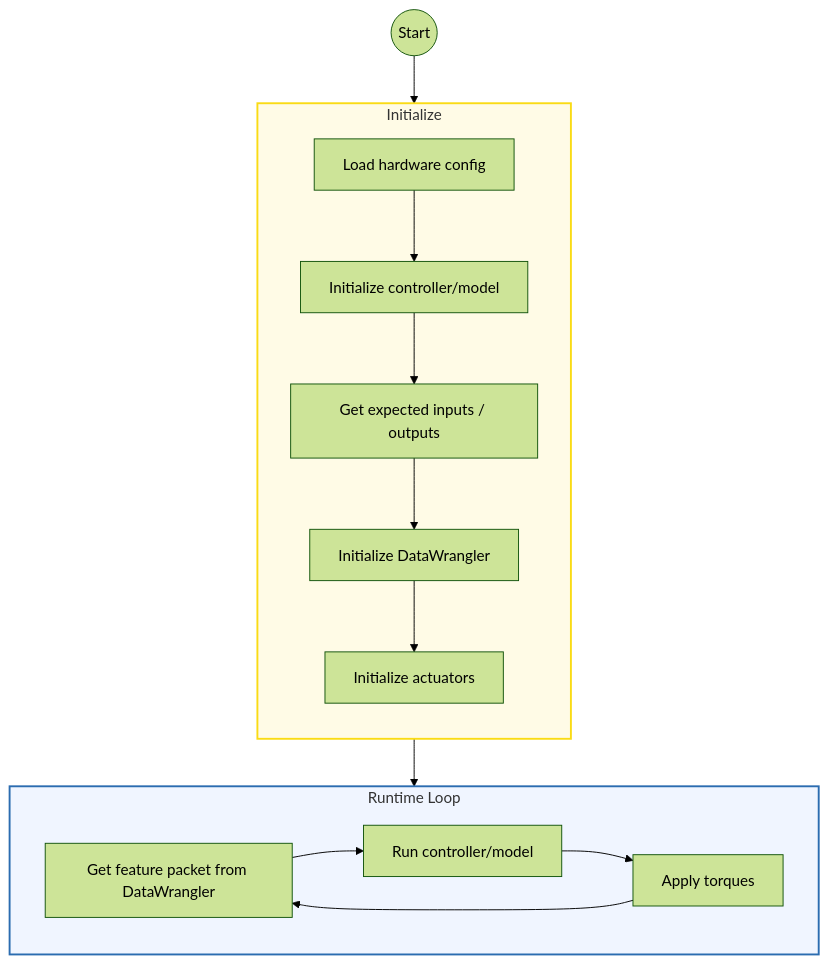
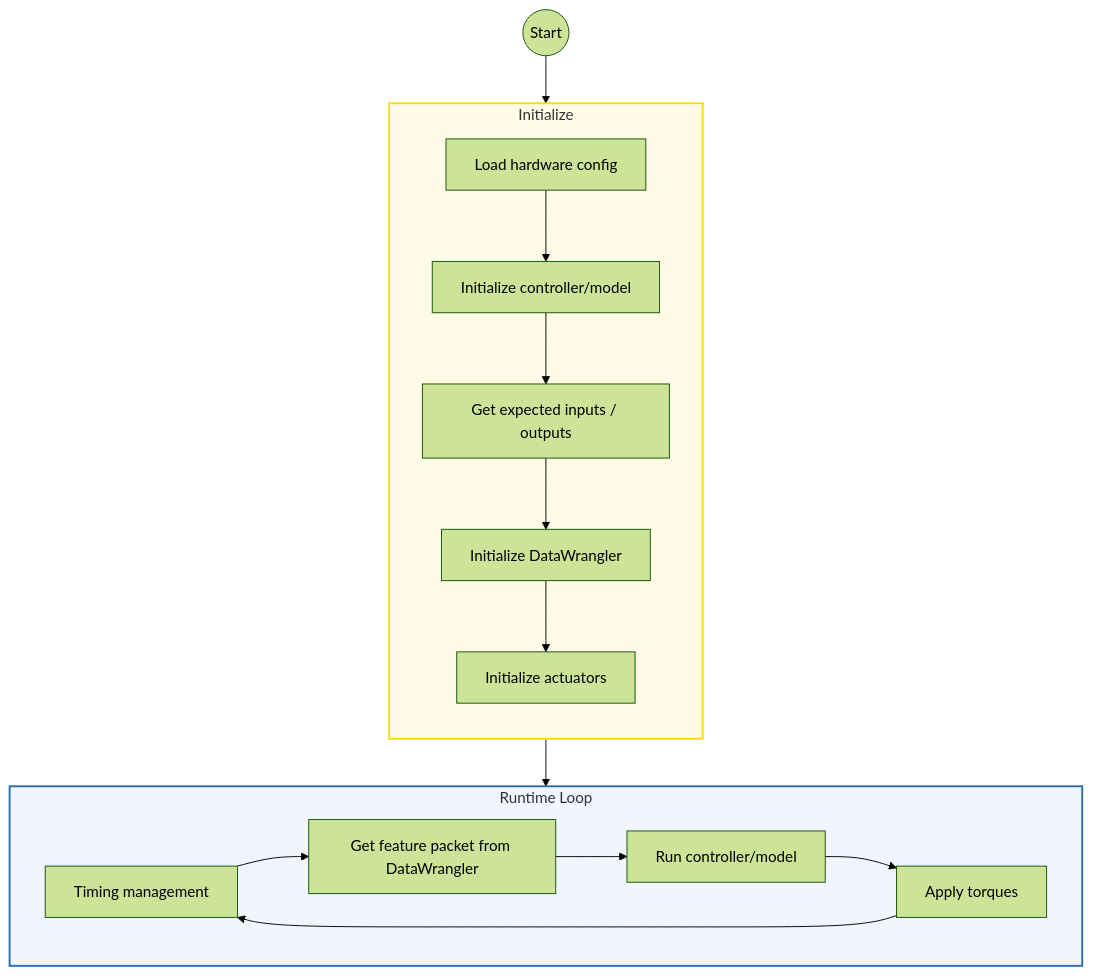
Before and after one commit to jmontp/raspberry-pi-controller-runtime: the first of 7 diagrams in docs/architecture.md, drawn with Mermaid (forest theme). The commit also changed other lines of this file, not shown here.

Commit message:
docs: document timing manager in architecture flow

````diff
--- a/docs/architecture.md
+++ b/docs/architecture.md
@@ -57,21 +57,22 @@
 ```mermaid
 flowchart TD
     start((Start)) --> I0[Load hardware config]
     subgraph Init [Initialize]
         direction TB
         I0 --> I1[Initialize controller/model]
         I1 --> I2[Get expected inputs / outputs]
         I2 --> I3[Initialize DataWrangler]
         I3 --> I4[Initialize actuators]
     end
     style Init fill:#fffbe6,stroke:#fadb14,stroke-width:2px
 
     subgraph RuntimeLoop [Runtime Loop]
         direction LR
-        R1[Get feature packet from DataWrangler] --> R2[Run controller/model]
+        T[Timing management] --> R1[Get feature packet from DataWrangler]
+        R1 --> R2[Run controller/model]
         R2 --> R3[Apply torques]
-        R3 --> R1
+        R3 --> T
     end
-    I4 --> R1
+    I4 --> T
     style RuntimeLoop fill:#f0f5ff,stroke:#2b6cb0,stroke-width:2px
 ```
````
